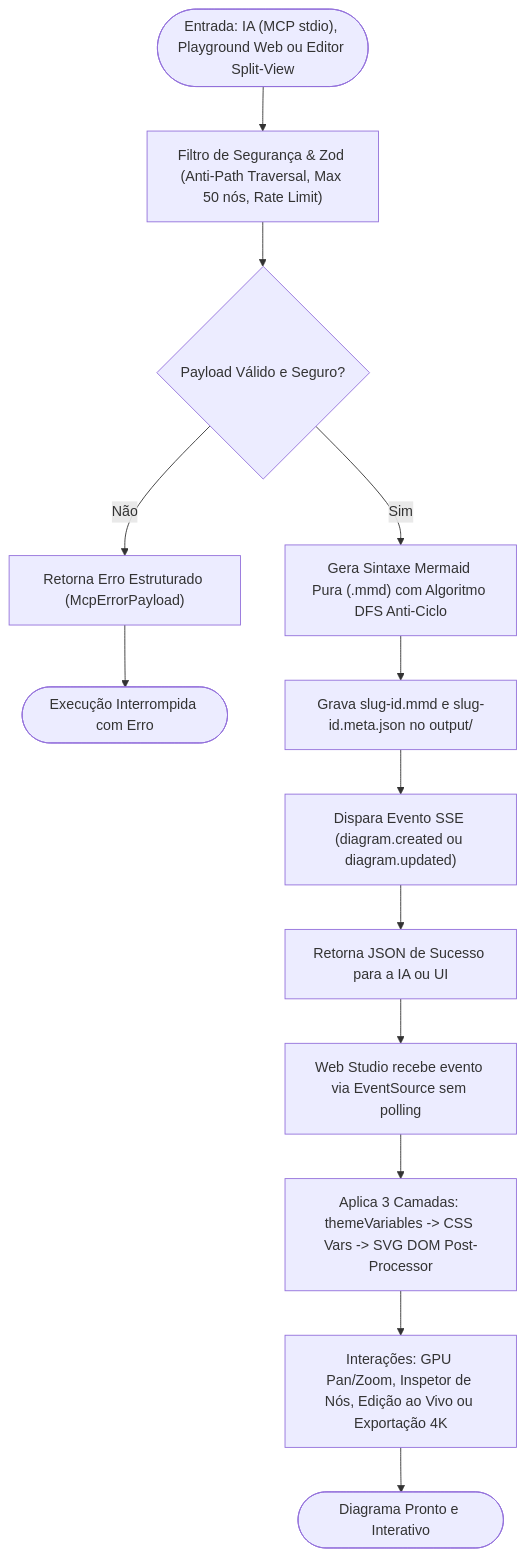
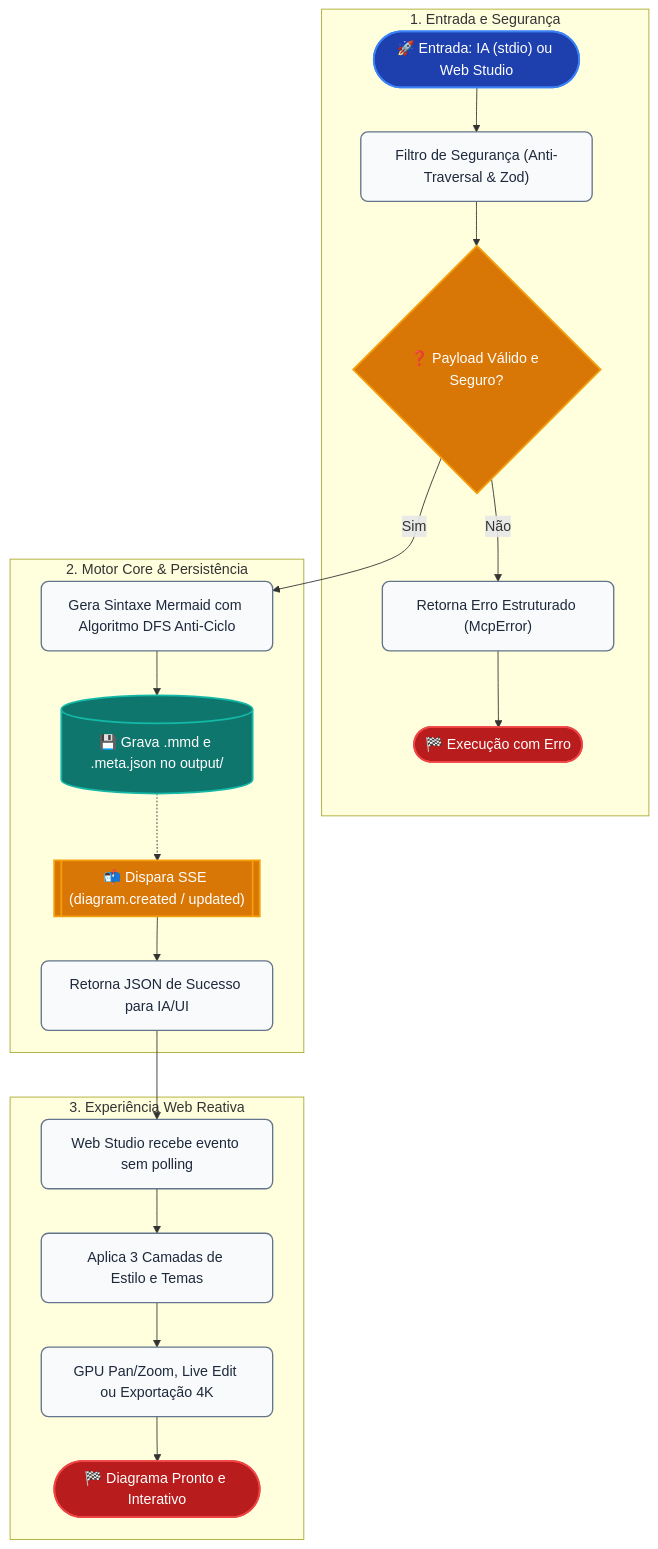
One commit to 70gurupia/archview changed the fourth of 4 diagrams in docs/ARCHITECTURE.md. Above: the diagram before and after it, drawn with Mermaid. The commit also changed 8 other files, not shown here.

````diff
--- a/docs/ARCHITECTURE.md
+++ b/docs/ARCHITECTURE.md
@@ -175,28 +175,50 @@
 ```mermaid
 flowchart TB
-  input_source(["Entrada: IA (MCP stdio), Playground Web ou Editor Split-View"])
-  sec_filter["Filtro de Segurança & Zod (Anti-Path Traversal, Max 50 nós, Rate Limit)"]
-  valid_gate{"Payload Válido e Seguro?"}
-  error_block["Retorna Erro Estruturado (McpErrorPayload)"]
-  end_error(["Execução Interrompida com Erro"])
-  build_mermaid["Gera Sintaxe Mermaid Pura (.mmd) com Algoritmo DFS Anti-Ciclo"]
-  write_meta["Grava slug-id.mmd e slug-id.meta.json no output/"]
-  sse_emit["Dispara Evento SSE (diagram.created ou diagram.updated)"]
-  resp_client["Retorna JSON de Sucesso para a IA ou UI"]
-  fe_catch["Web Studio recebe evento via EventSource sem polling"]
-  apply_themes["Aplica 3 Camadas: themeVariables -> CSS Vars -> SVG DOM Post-Processor"]
-  user_actions["Interações: GPU Pan/Zoom, Inspetor de Nós, Edição ao Vivo ou Exportação 4K"]
-  end_done(["Diagrama Pronto e Interativo"])
+  subgraph sg_1[" 1. Entrada e Segurança "]
+    input_source(["🚀 Entrada: IA (stdio) ou Web Studio"])
+    sec_filter["Filtro de Segurança (Anti-Traversal & Zod)"]
+    valid_gate{"❓ Payload Válido e Seguro?"}
+    error_block["Retorna Erro Estruturado (McpError)"]
+    end_error(["🏁 Execução com Erro"])
+  end
+
+  subgraph sg_2[" 2. Motor Core & Persistência "]
+    build_mermaid["Gera Sintaxe Mermaid com Algoritmo DFS Anti-Ciclo"]
+    write_meta[("💾 Grava .mmd e .meta.json no output/")]
+    sse_emit[["📬 Dispara SSE (diagram.created / updated)"]]
+    resp_client["Retorna JSON de Sucesso para IA/UI"]
+  end
+
+  subgraph sg_3[" 3. Experiência Web Reativa "]
+    fe_catch["Web Studio recebe evento sem polling"]
+    apply_themes["Aplica 3 Camadas de Estilo e Temas"]
+    user_actions["GPU Pan/Zoom, Live Edit ou Exportação 4K"]
+    end_done(["🏁 Diagrama Pronto e Interativo"])
+  end
+
   input_source --> sec_filter
   sec_filter --> valid_gate
   valid_gate -- "Sim" --> build_mermaid
   valid_gate -- "Não" --> error_block
   error_block --> end_error
   build_mermaid --> write_meta
-  write_meta --> sse_emit
+  write_meta -.-> sse_emit
   sse_emit --> resp_client
   resp_client --> fe_catch
   fe_catch --> apply_themes
   apply_themes --> user_actions
   user_actions --> end_done
+
+  classDef default fill:#F8FAFC,stroke:#64748B,stroke-width:1.5px,color:#1E293B,rx:8px,ry:8px;
+  classDef primary fill:#1E40AF,stroke:#3B82F6,stroke-width:2px,color:#FFFFFF,rx:8px,ry:8px;
+  classDef success fill:#0F766E,stroke:#14B8A6,stroke-width:2px,color:#FFFFFF,rx:8px,ry:8px;
+  classDef accent fill:#3730A3,stroke:#818CF8,stroke-width:2px,color:#FFFFFF,rx:8px,ry:8px;
+  classDef warning fill:#D97706,stroke:#F59E0B,stroke-width:2px,color:#FFFFFF,rx:8px,ry:8px;
+  classDef danger fill:#B91C1C,stroke:#EF4444,stroke-width:2px,color:#FFFFFF,rx:8px,ry:8px;
+  class input_source primary;
+  class valid_gate warning;
+  class end_error danger;
+  class write_meta success;
+  class sse_emit warning;
+  class end_done danger;
 ```
````
